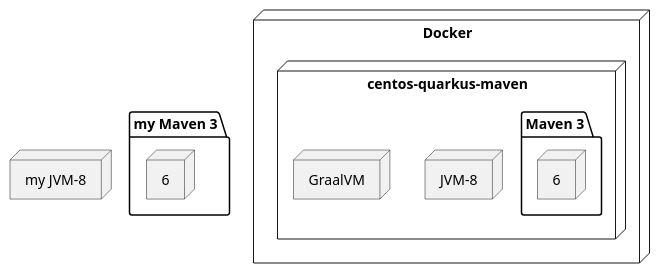
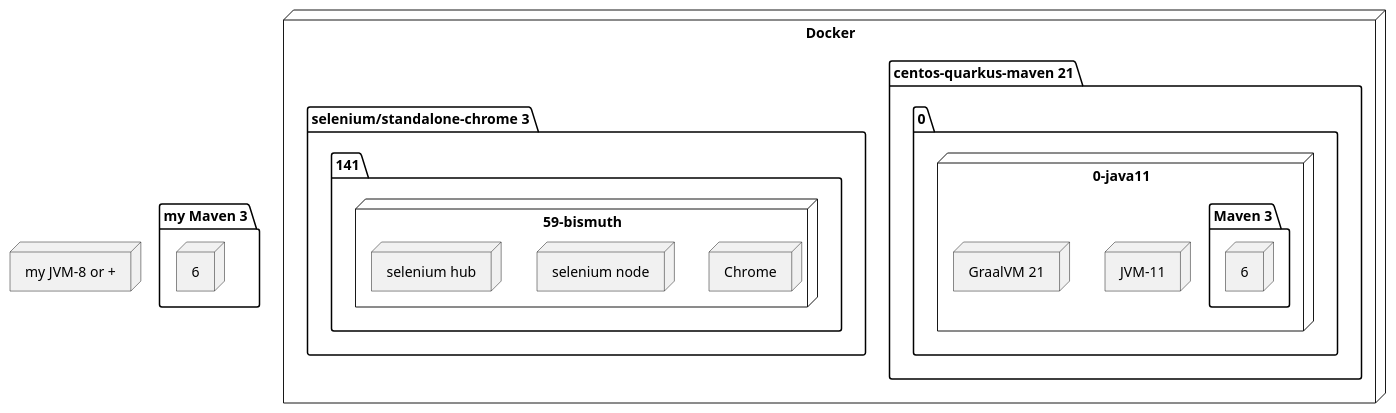
Before and after one commit to jcsim1024/quarkus-vlille-demo: the first of 3 diagrams in README.adoc, drawn with PlantUML. The commit also changed other lines of this file and 10 other files, not shown here.

```diff
--- a/README.adoc
+++ b/README.adoc
@@ -10,26 +37,37 @@
 [plantuml, vlille-demo-components, png]
 ....
 @startuml
-node "my JVM-8" {
+node "my JVM-8 or +" {
 
 }
 
 node "my Maven 3.6" {
 
 }
 
 node "Docker" {
-	node "centos-quarkus-maven" {
-		node "JVM-8" {
+	node "centos-quarkus-maven 21.0.0-java11" {
+		node "JVM-11" {
 	
 		}
-		node "GraalVM" {
+		node "GraalVM 21" {
 		
 		}
 		node "Maven 3.6" {
 		
 		}
 	}
+	node  "selenium/standalone-chrome 3.141.59-bismuth"  {
+		node "Chrome" {
+		
+		}
+		node "selenium node" {
+		
+		}
+		node "selenium hub" {
+		
+		}
+	}
 }
 @enduml
 ....
```
